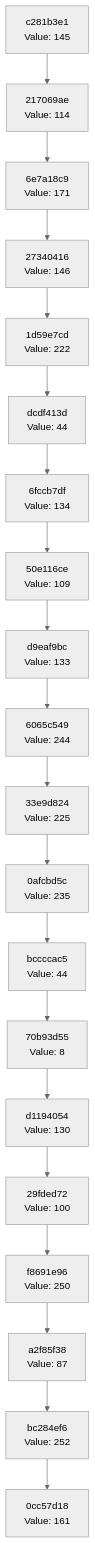
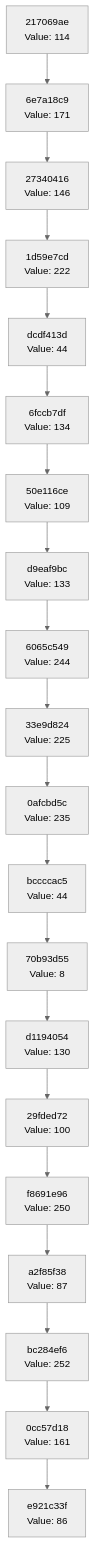
Before and after one commit to Abhisheksinha1506/hash-chain-evolver: the diagram in docs/CHAIN_VISUALIZATION.md, drawn with Mermaid (neutral theme). The commit also changed 3 other files, not shown here.

````diff
--- a/docs/CHAIN_VISUALIZATION.md
+++ b/docs/CHAIN_VISUALIZATION.md
@@ -3,42 +3,42 @@
 ```mermaid
 graph TD
-    C0["0cc57d18<br/>Value: 161"]
-    C1["bc284ef6<br/>Value: 252"]
+    C0["e921c33f<br/>Value: 86"]
+    C1["0cc57d18<br/>Value: 161"]
     C1 --> C0
-    C2["a2f85f38<br/>Value: 87"]
+    C2["bc284ef6<br/>Value: 252"]
     C2 --> C1
-    C3["f8691e96<br/>Value: 250"]
+    C3["a2f85f38<br/>Value: 87"]
     C3 --> C2
-    C4["29fded72<br/>Value: 100"]
+    C4["f8691e96<br/>Value: 250"]
     C4 --> C3
-    C5["d1194054<br/>Value: 130"]
+    C5["29fded72<br/>Value: 100"]
     C5 --> C4
-    C6["70b93d55<br/>Value: 8"]
+    C6["d1194054<br/>Value: 130"]
     C6 --> C5
-    C7["bccccac5<br/>Value: 44"]
+    C7["70b93d55<br/>Value: 8"]
     C7 --> C6
-    C8["0afcbd5c<br/>Value: 235"]
+    C8["bccccac5<br/>Value: 44"]
     C8 --> C7
-    C9["33e9d824<br/>Value: 225"]
+    C9["0afcbd5c<br/>Value: 235"]
     C9 --> C8
-    C10["6065c549<br/>Value: 244"]
+    C10["33e9d824<br/>Value: 225"]
     C10 --> C9
-    C11["d9eaf9bc<br/>Value: 133"]
+    C11["6065c549<br/>Value: 244"]
     C11 --> C10
-    C12["50e116ce<br/>Value: 109"]
+    C12["d9eaf9bc<br/>Value: 133"]
     C12 --> C11
-    C13["6fccb7df<br/>Value: 134"]
+    C13["50e116ce<br/>Value: 109"]
     C13 --> C12
-    C14["dcdf413d<br/>Value: 44"]
+    C14["6fccb7df<br/>Value: 134"]
     C14 --> C13
-    C15["1d59e7cd<br/>Value: 222"]
+    C15["dcdf413d<br/>Value: 44"]
     C15 --> C14
-    C16["27340416<br/>Value: 146"]
+    C16["1d59e7cd<br/>Value: 222"]
     C16 --> C15
-    C17["6e7a18c9<br/>Value: 171"]
+    C17["27340416<br/>Value: 146"]
     C17 --> C16
-    C18["217069ae<br/>Value: 114"]
+    C18["6e7a18c9<br/>Value: 171"]
     C18 --> C17
-    C19["c281b3e1<br/>Value: 145"]
+    C19["217069ae<br/>Value: 114"]
     C19 --> C18
 ```
````
